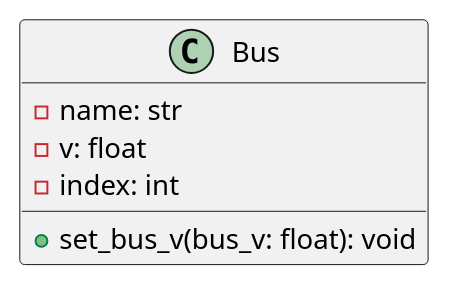
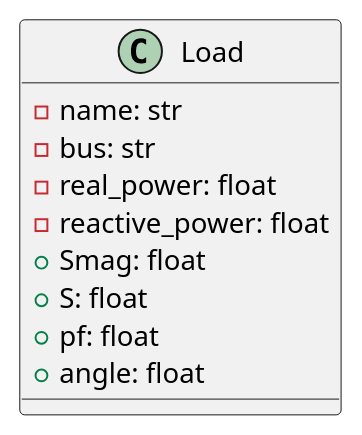
One commit to JLipnerPitt/ECE2774-ADV-POWER-SYSTEMS-ANALYSIS changed the third of 11 diagrams in project2.plantuml. Above: the diagram before and after it, drawn with PlantUML. The commit also changed other lines of this file, not shown here.

Commit message:
Updated to include changes to the Bus, Load, and Generator classes.

```diff
--- a/project2.plantuml
+++ b/project2.plantuml
@@ -15,9 +35,12 @@
-@startuml Bus
-class Bus {
+@startuml Load
+class Load {
     -name: str
-    -v: float
-    -index: int
-
-    +set_bus_v(bus_v: float): void
+    -bus: str
+    -real_power: float
+    -reactive_power: float
+    +Smag: float
+    +S: float
+    +pf: float
+    +angle: float
 }
 @enduml
```
